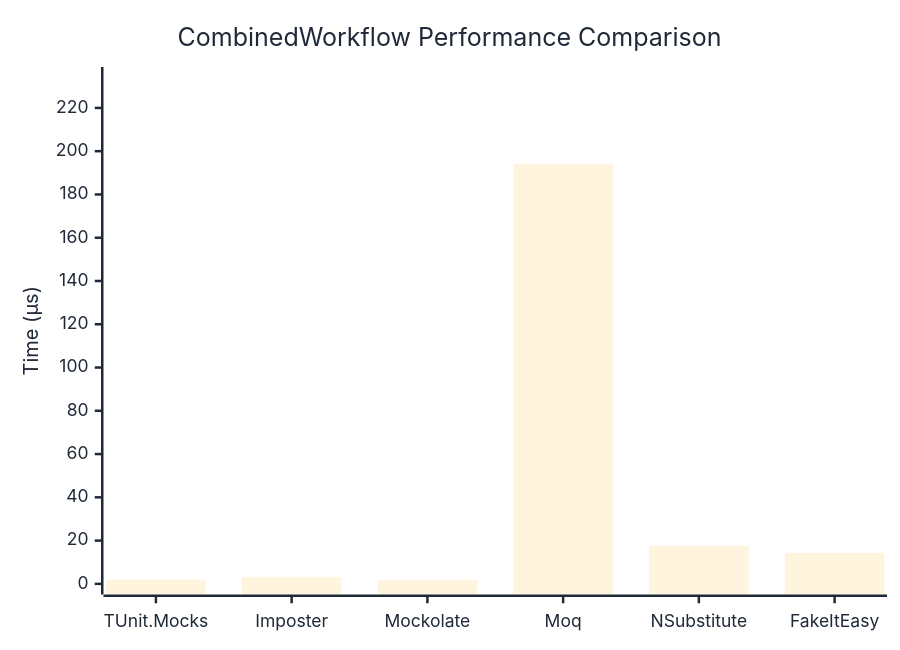
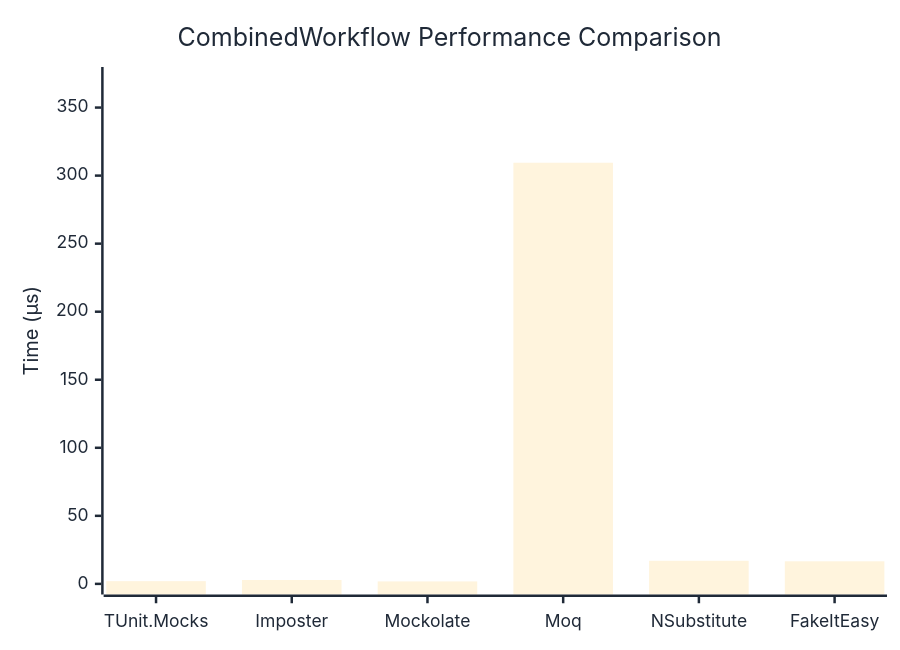
One commit to thomhurst/TUnit changed the diagram in docs/docs/benchmarks/mocks/CombinedWorkflow.md. Above: the diagram before and after it, drawn with Mermaid. The commit also changed other lines of this file and 14 other files, not shown here.

````diff
--- a/docs/docs/benchmarks/mocks/CombinedWorkflow.md
+++ b/docs/docs/benchmarks/mocks/CombinedWorkflow.md
@@ -30,27 +30,27 @@
 ```mermaid
 %%{init: {
   'theme':'base',
   'themeVariables': {
     'primaryColor': '#2563eb',
     'primaryTextColor': '#1f2937',
     'primaryBorderColor': '#1e40af',
     'lineColor': '#6b7280',
     'secondaryColor': '#7c3aed',
     'tertiaryColor': '#dc2626',
     'background': '#ffffff',
     'pie1': '#2563eb',
     'pie2': '#7c3aed',
     'pie3': '#dc2626',
     'pie4': '#f59e0b',
     'pie5': '#10b981',
     'pie6': '#06b6d4',
     'pie7': '#ec4899',
     'pie8': '#6366f1'
   }
 }}%%
 xychart-beta
   title "CombinedWorkflow Performance Comparison"
   x-axis ["TUnit.Mocks", "Imposter", "Mockolate", "Moq", "NSubstitute", "FakeItEasy"]
-  y-axis "Time (μs)" 0 --> 234
-  bar [2.014, 3.051, 1.803, 194.192, 17.686, 14.319]
+  y-axis "Time (μs)" 0 --> 372
+  bar [1.992, 2.855, 1.814, 309.458, 16.956, 16.576]
 ```
````
